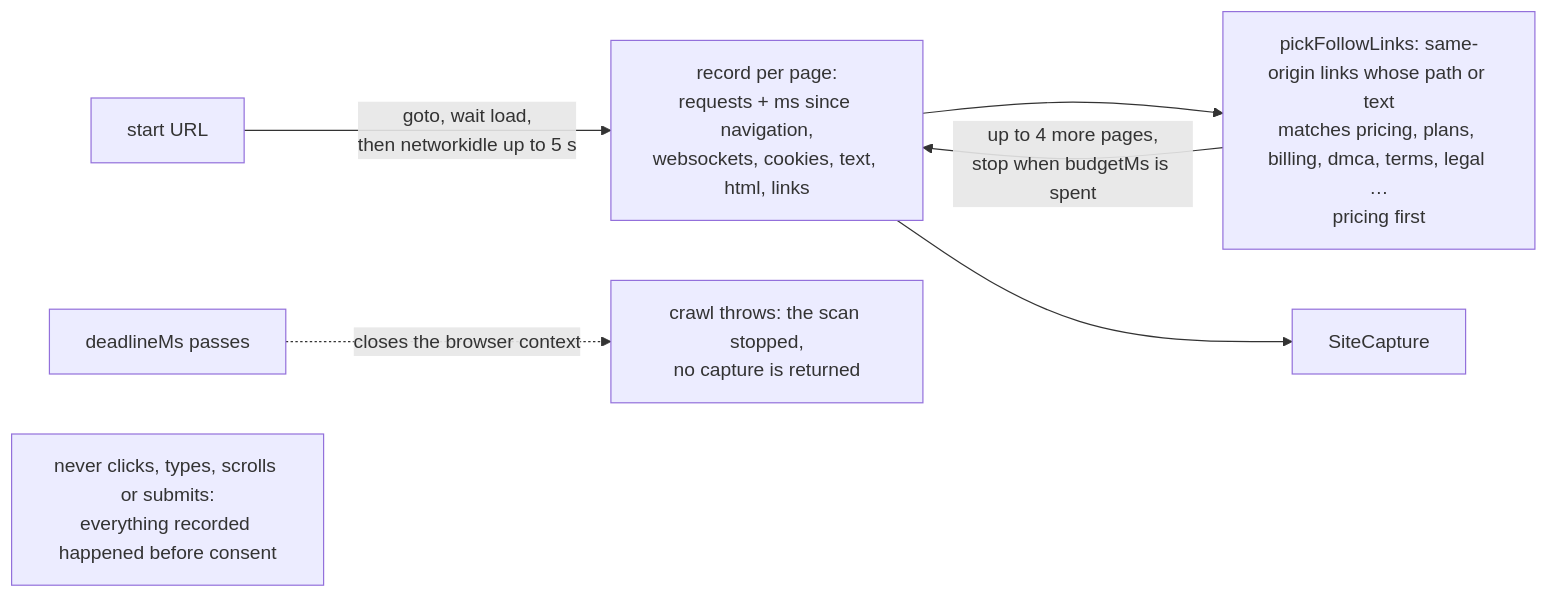
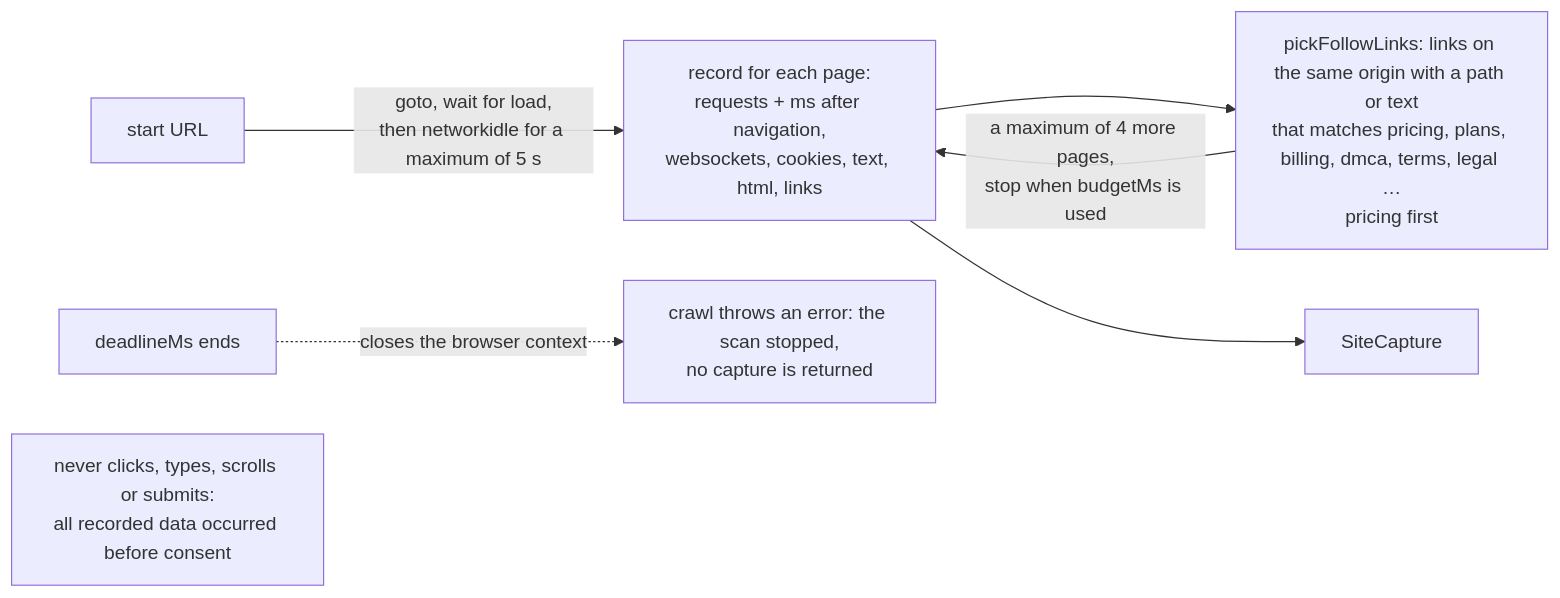
Before and after one commit to raghavg27/legal-linter: the fifth of 13 diagrams in docs/architecture.md, drawn with Mermaid. The commit also changed other lines of this file and 7 other files, not shown here.

Commit message:
docs: rewrite README, CLAUDE.md, contributor docs and architecture diagrams in ASD-STE100 style

````diff
--- a/docs/architecture.md
+++ b/docs/architecture.md
@@ -137,9 +137,9 @@
 ```mermaid
 flowchart LR
-  p0["start URL"] -->|"goto, wait load,<br/>then networkidle up to 5 s"| rec["record per page:<br/>requests + ms since navigation,<br/>websockets, cookies, text, html, links"]
-  rec --> pick["pickFollowLinks: same-origin links whose path or text<br/>matches pricing, plans, billing, dmca, terms, legal …<br/>pricing first"]
-  pick -->|"up to 4 more pages,<br/>stop when budgetMs is spent"| rec
+  p0["start URL"] -->|"goto, wait for load,<br/>then networkidle for a maximum of 5 s"| rec["record for each page:<br/>requests + ms after navigation,<br/>websockets, cookies, text, html, links"]
+  rec --> pick["pickFollowLinks: links on the same origin with a path or text<br/>that matches pricing, plans, billing, dmca, terms, legal …<br/>pricing first"]
+  pick -->|"a maximum of 4 more pages,<br/>stop when budgetMs is used"| rec
   rec --> done["SiteCapture"]
-  dl["deadlineMs passes"] -.->|"closes the browser context"| thrown["crawl throws: the scan stopped,<br/>no capture is returned"]
-  never["never clicks, types, scrolls or submits:<br/>everything recorded happened before consent"]
+  dl["deadlineMs ends"] -.->|"closes the browser context"| thrown["crawl throws an error: the scan stopped,<br/>no capture is returned"]
+  never["never clicks, types, scrolls or submits:<br/>all recorded data occurred before consent"]
 ```
````
